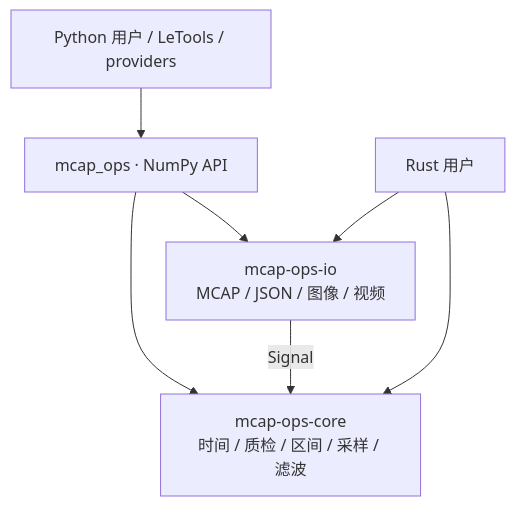
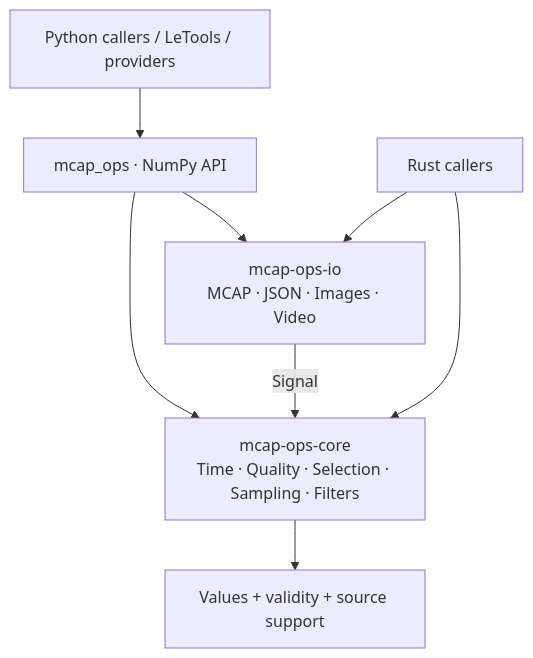
Before and after one commit to XieWeikai/mcap-ops: the diagram in README.md, drawn with Mermaid. The commit also changed other lines of this file and 71 other files, not shown here.

````diff
--- a/README.md
+++ b/README.md
@@ -80,9 +111,10 @@
 ```mermaid
 flowchart TB
-    U["Python 用户 / LeTools / providers"] --> P["mcap_ops · NumPy API"]
-    P --> C["mcap-ops-core<br/>时间 / 质检 / 区间 / 采样 / 滤波"]
-    P --> I["mcap-ops-io<br/>MCAP / JSON / 图像 / 视频"]
+    U["Python callers / LeTools / providers"] --> P["mcap_ops · NumPy API"]
+    P --> C["mcap-ops-core<br/>Time · Quality · Selection · Sampling · Filters"]
+    P --> I["mcap-ops-io<br/>MCAP · JSON · Images · Video"]
     I -->|"Signal"| C
-    R["Rust 用户"] --> C
+    R["Rust callers"] --> C
     R --> I
+    C --> O["Values + validity + source support"]
 ```
````
